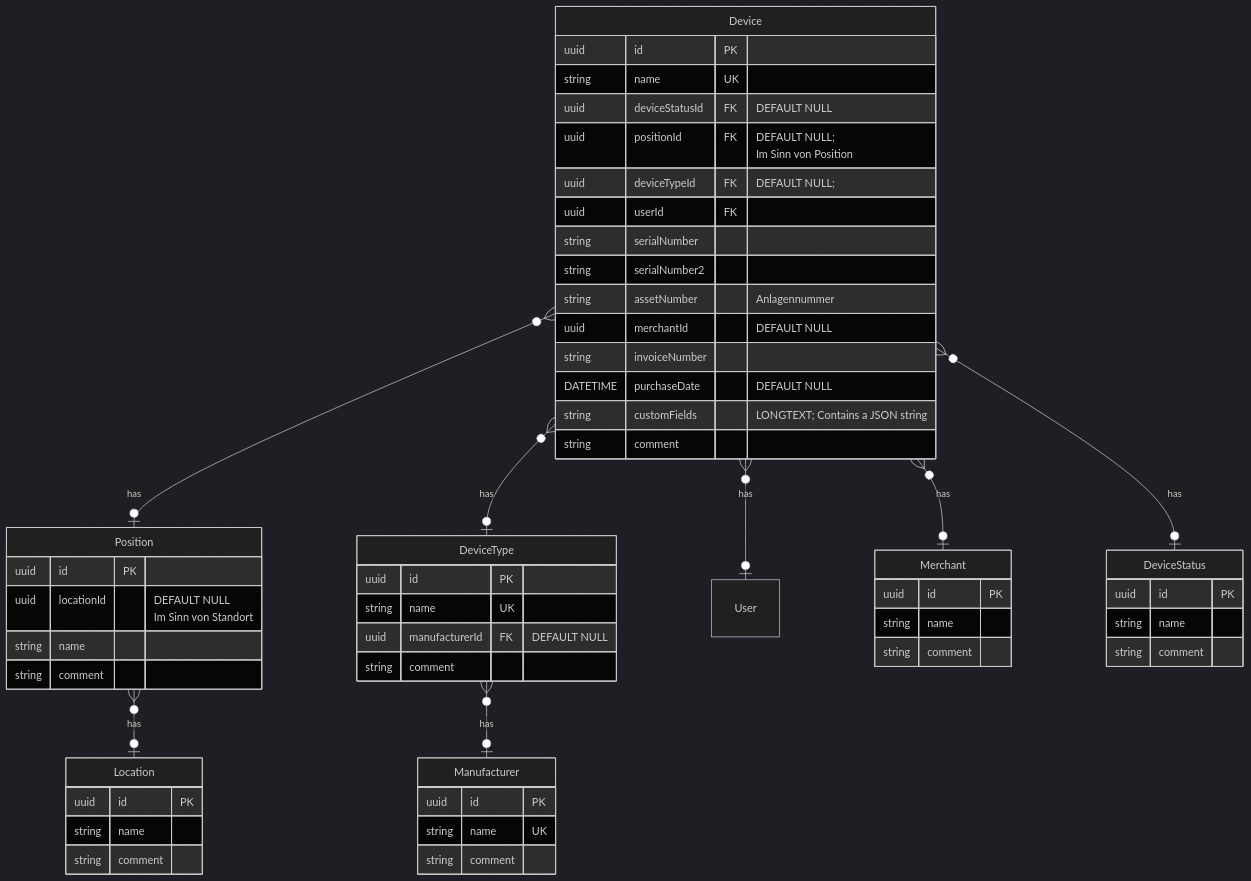
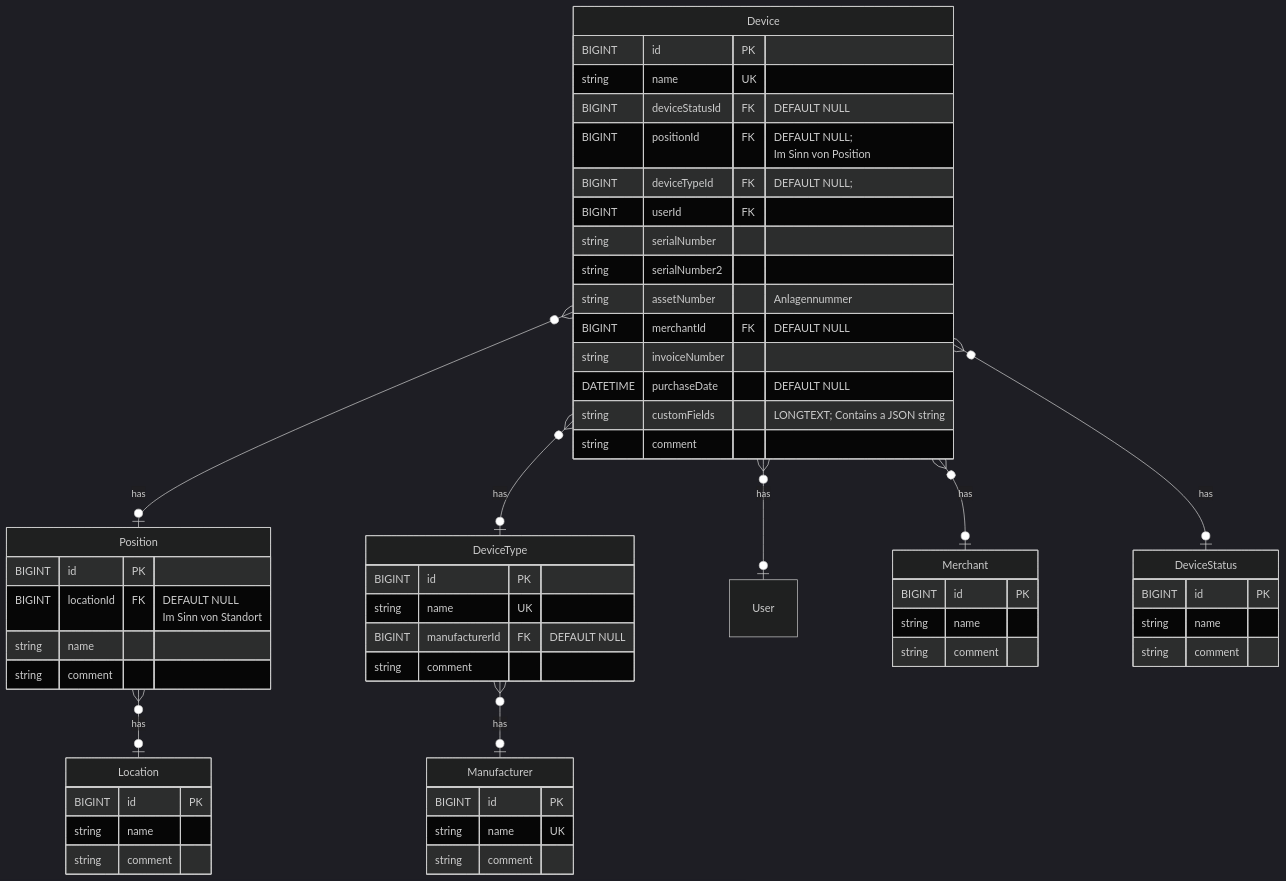
The diagram in README.md (sfxon/SfxonItam), drawn with Mermaid (dark theme) before and after one commit. The commit also changed other lines of this file and 2 other files, not shown here.

Commit message:
Add migration for entity device.

````diff
--- a/README.md
+++ b/README.md
@@ -235,65 +255,65 @@
 ```mermaid
 erDiagram
     Device }o--o| Position : has
     Device }o--o| DeviceType : has
     Device }o--o| User : has
     Device }o--o| Merchant : has
     Device }o--o| DeviceStatus : has
     Position }o--o| Location : has
     DeviceType }o--o| Manufacturer : has
 
     Device {
-        uuid id PK
+        BIGINT id PK
         string name UK
-        uuid deviceStatusId FK "DEFAULT NULL"
-        uuid positionId FK "DEFAULT NULL;<br>Im Sinn von Position"
-        uuid deviceTypeId FK "DEFAULT NULL;"
-        uuid userId FK
+        BIGINT deviceStatusId FK "DEFAULT NULL"
+        BIGINT positionId FK "DEFAULT NULL;<br>Im Sinn von Position"
+        BIGINT deviceTypeId FK "DEFAULT NULL;"
+        BIGINT userId FK
         string serialNumber
         string serialNumber2
         string assetNumber "Anlagennummer"
-        uuid merchantId "DEFAULT NULL"
+        BIGINT merchantId FK "DEFAULT NULL"
         string invoiceNumber
         DATETIME purchaseDate "DEFAULT NULL"
         string customFields "LONGTEXT; Contains a JSON string"
         string comment
     }
 
     DeviceStatus {
-        uuid id PK
+        BIGINT id PK
         string name
         string comment
     }
 
     Location {
-        uuid id PK
+        BIGINT id PK
         string name
         string comment
     }
 
     Position {
-        uuid id PK
-        uuid locationId "DEFAULT NULL<br>Im Sinn von Standort"
+        BIGINT id PK
+        BIGINT locationId FK "DEFAULT NULL<br>Im Sinn von Standort"
         string name
         string comment
     }
 
     DeviceType {
-        uuid id PK
+        BIGINT id PK
         string name UK
-        uuid manufacturerId FK "DEFAULT NULL"
+        BIGINT manufacturerId FK "DEFAULT NULL"
         string comment
     }
 
     Manufacturer {
-        uuid id PK
+        BIGINT id PK
         string name UK
         string comment
     }
 
     Merchant {
-        uuid id PK
+        BIGINT id PK
         string name
         string comment
     }
 ```
````
